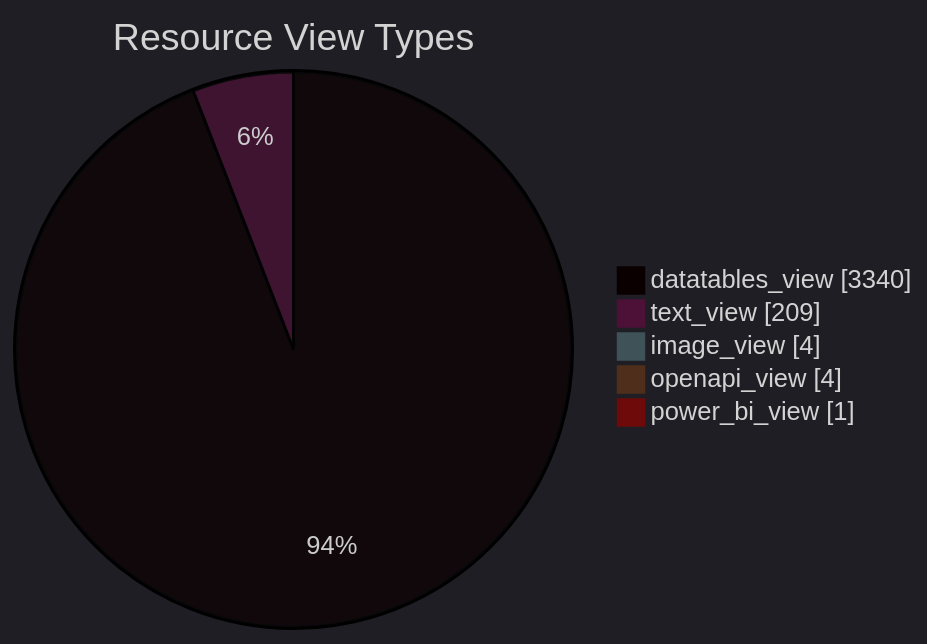
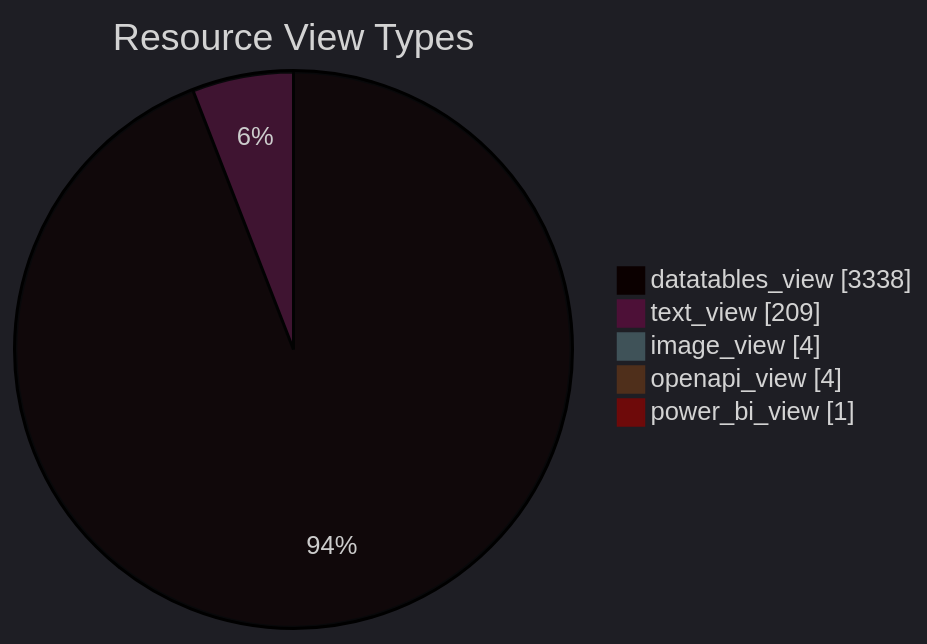
The diagram in datastore_tracker/resource_view_types_pie_chart.md (open-data/analytics-corporate-reporting), drawn with Mermaid before and after one commit. The commit also changed 8 other files, not shown here.

````diff
--- a/datastore_tracker/resource_view_types_pie_chart.md
+++ b/datastore_tracker/resource_view_types_pie_chart.md
@@ -2,12 +2,12 @@
 ```mermaid
 ---
 config:
   theme: dark
 ---
 pie showData title Resource View Types
-    "datatables_view": 3340
+    "datatables_view": 3338
     "text_view": 209
     "image_view": 4
     "openapi_view": 4
     "power_bi_view": 1
 ```
````
